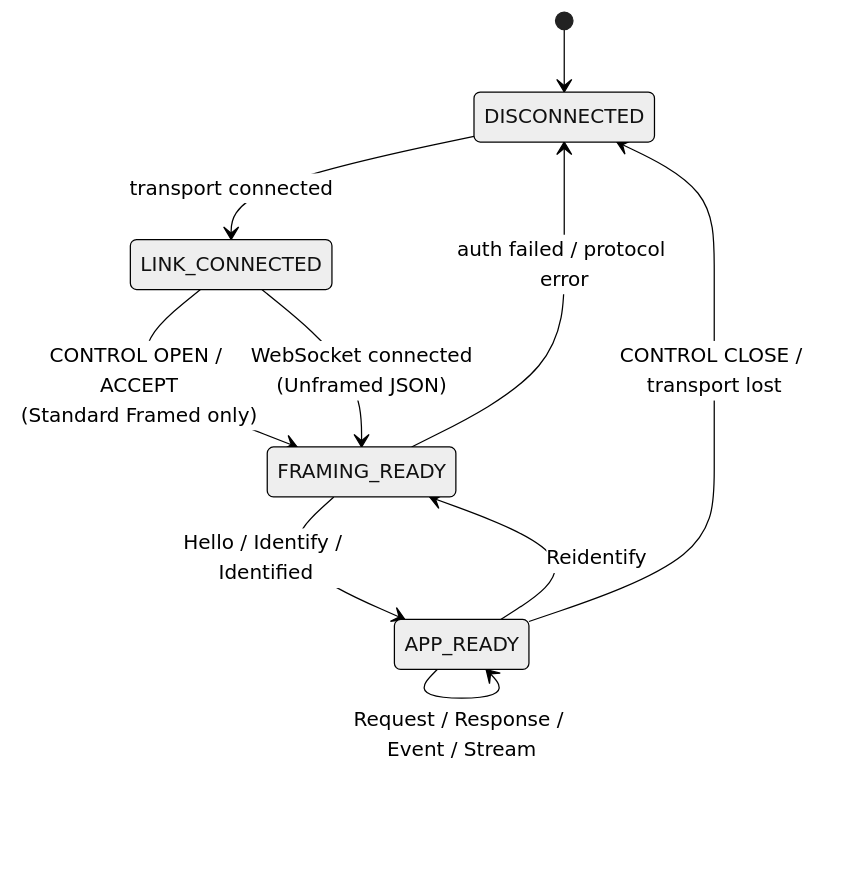
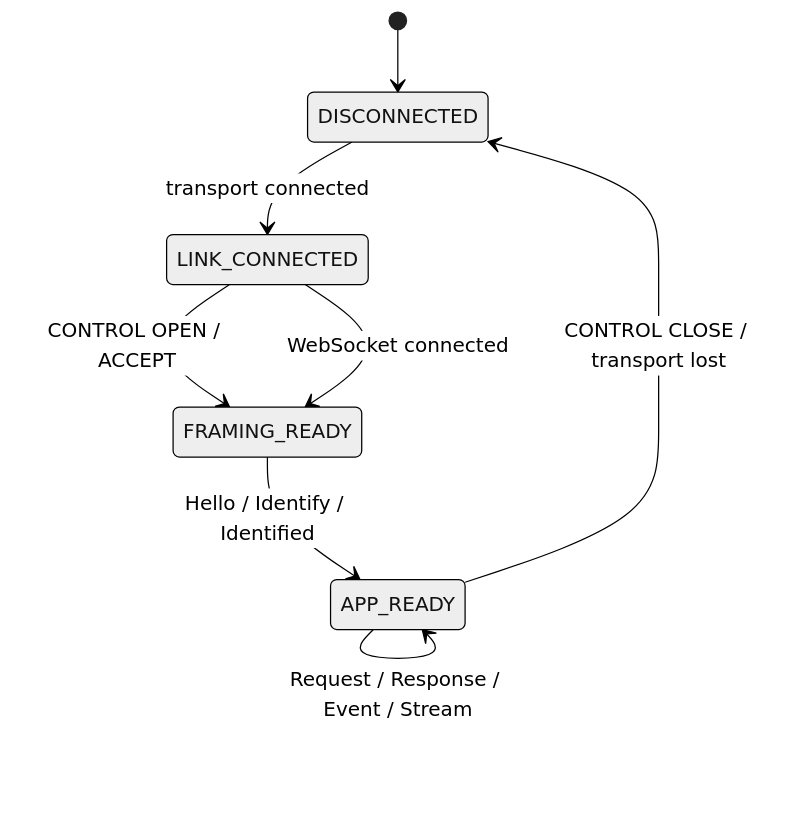
The third of 3 diagrams in docs/guides/core-protocol-flow.md (Mostorm-Labs/axtp), drawn with Mermaid (neutral theme) before and after one commit. The commit also changed other lines of this file and 113 other files, not shown here.

````diff
--- a/docs/guides/core-protocol-flow.md
+++ b/docs/guides/core-protocol-flow.md
@@ -109,12 +89,10 @@
 ```mermaid
 stateDiagram-v2
     [*] --> DISCONNECTED
     DISCONNECTED --> LINK_CONNECTED: transport connected
-    LINK_CONNECTED --> FRAMING_READY: CONTROL OPEN / ACCEPT<br/>(Standard Framed only)
-    LINK_CONNECTED --> FRAMING_READY: WebSocket connected<br/>(Unframed JSON)
+    LINK_CONNECTED --> FRAMING_READY: CONTROL OPEN / ACCEPT
+    LINK_CONNECTED --> FRAMING_READY: WebSocket connected
     FRAMING_READY --> APP_READY: Hello / Identify / Identified
     APP_READY --> APP_READY: Request / Response / Event / Stream
-    APP_READY --> FRAMING_READY: Reidentify
     APP_READY --> DISCONNECTED: CONTROL CLOSE / transport lost
-    FRAMING_READY --> DISCONNECTED: auth failed / protocol error
 ```
````
